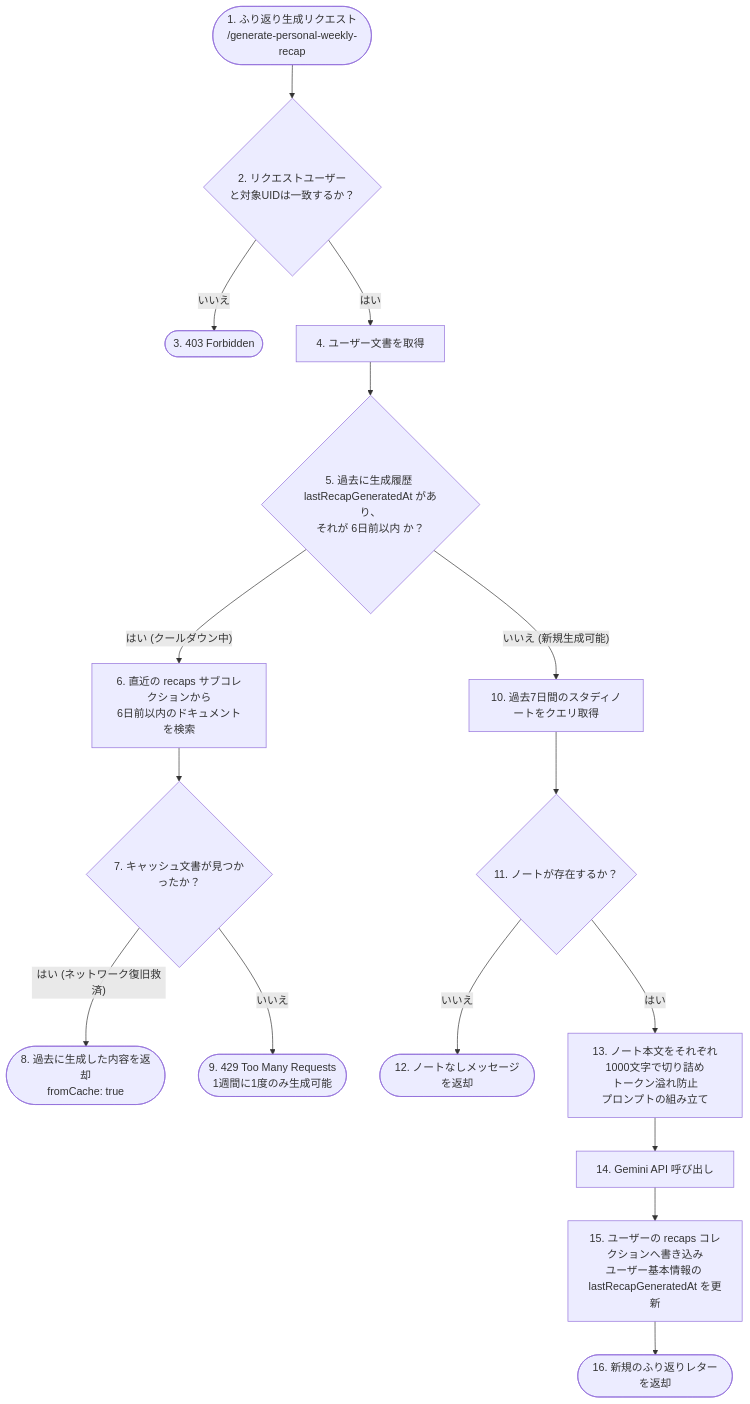
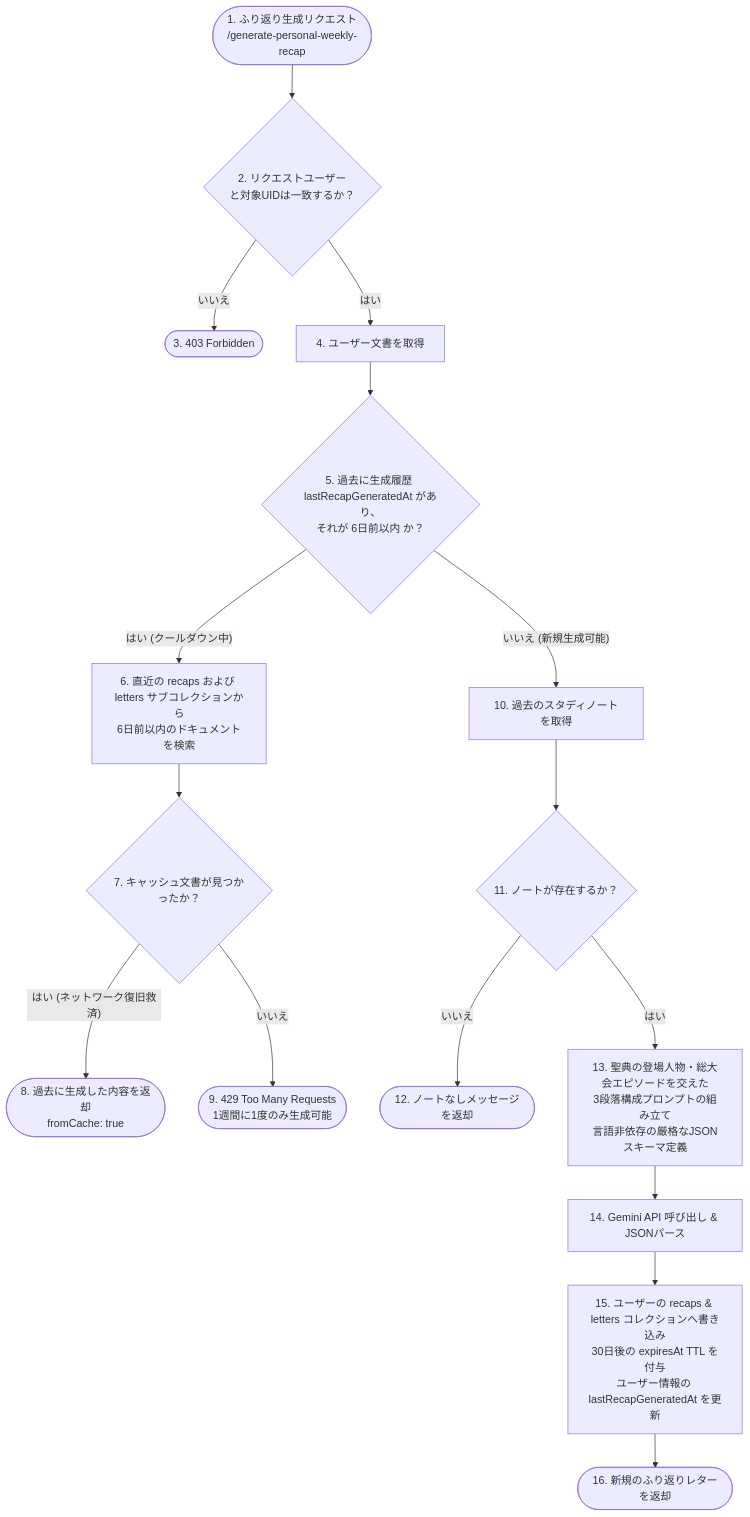
One commit to ScriptureHabit/scripture-habit changed the second of 2 diagrams in docs/ja/details/ai-integration.md. Above: the diagram before and after it, drawn with Mermaid. The commit also changed other lines of this file and 5 other files, not shown here.

Commit message:
docs: update README and architecture docs with reflection letters, storytelling, and TTL

````diff
--- a/docs/ja/details/ai-integration.md
+++ b/docs/ja/details/ai-integration.md
@@ -105,27 +105,27 @@
 ```mermaid
 flowchart TD
     Start([1. ふり返り生成リクエスト<br/>/generate-personal-weekly-recap]) --> CheckUser{2. リクエストユーザー<br/>と対象UIDは一致するか？}
     CheckUser -- いいえ --> Forbidden([3. 403 Forbidden])
     
     CheckUser -- はい --> ReadUser[4. ユーザー文書を取得]
     ReadUser --> HasCooldown{5. 過去に生成履歴 lastRecapGeneratedAt があり、<br/>それが 6日前以内 か？}
 
     %% 6日間のクールダウン判定
-    HasCooldown -- はい (クールダウン中) --> SearchSubCollection[6. 直近の recaps サブコレクションから<br/>6日前以内のドキュメントを検索]
+    HasCooldown -- はい (クールダウン中) --> SearchSubCollection[6. 直近の recaps および letters サブコレクションから<br/>6日前以内のドキュメントを検索]
     SearchSubCollection --> FoundCache{7. キャッシュ文書が見つかったか？}
     
     FoundCache -- はい (ネットワーク復旧救済) --> ReturnCache([8. 過去に生成した内容を返却<br/>fromCache: true])
     FoundCache -- いいえ --> Error429([9. 429 Too Many Requests<br/>1週間に1度のみ生成可能])
 
     %% 新規生成フェーズ
-    HasCooldown -- いいえ (新規生成可能) --> QueryNotes[10. 過去7日間のスタディノートをクエリ取得]
+    HasCooldown -- いいえ (新規生成可能) --> QueryNotes[10. 過去のスタディノートを取得]
     QueryNotes --> HasNotes{11. ノートが存在するか？}
     
     HasNotes -- いいえ --> ReturnEmpty([12. ノートなしメッセージを返却])
     
-    HasNotes -- はい --> FormatPrompt[13. ノート本文をそれぞれ1000文字で切り詰め<br/>トークン溢れ防止<br/>プロンプトの組み立て]
+    HasNotes -- はい --> FormatPrompt[13. 聖典の登場人物・総大会エピソードを交えた<br/>3段落構成プロンプトの組み立て<br/>言語非依存の厳格なJSONスキーマ定義]
     
-    FormatPrompt --> CallGemini[14. Gemini API 呼び出し]
-    CallGemini --> SaveDB[15. ユーザーの recaps コレクションへ書き込み<br/>ユーザー基本情報の lastRecapGeneratedAt を更新]
+    FormatPrompt --> CallGemini[14. Gemini API 呼び出し & JSONパース]
+    CallGemini --> SaveDB[15. ユーザーの recaps & letters コレクションへ書き込み<br/>30日後の expiresAt TTL を付与<br/>ユーザー情報の lastRecapGeneratedAt を更新]
     SaveDB --> ReturnNew([16. 新規のふり返りレターを返却])
 ```
````
